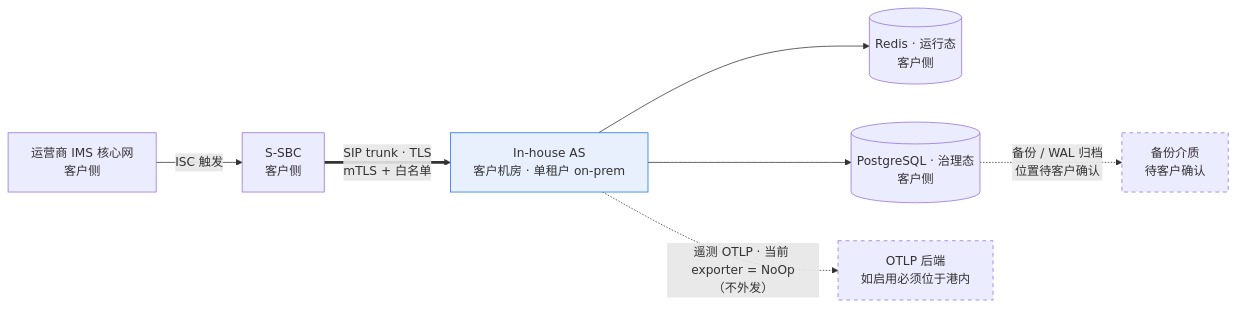
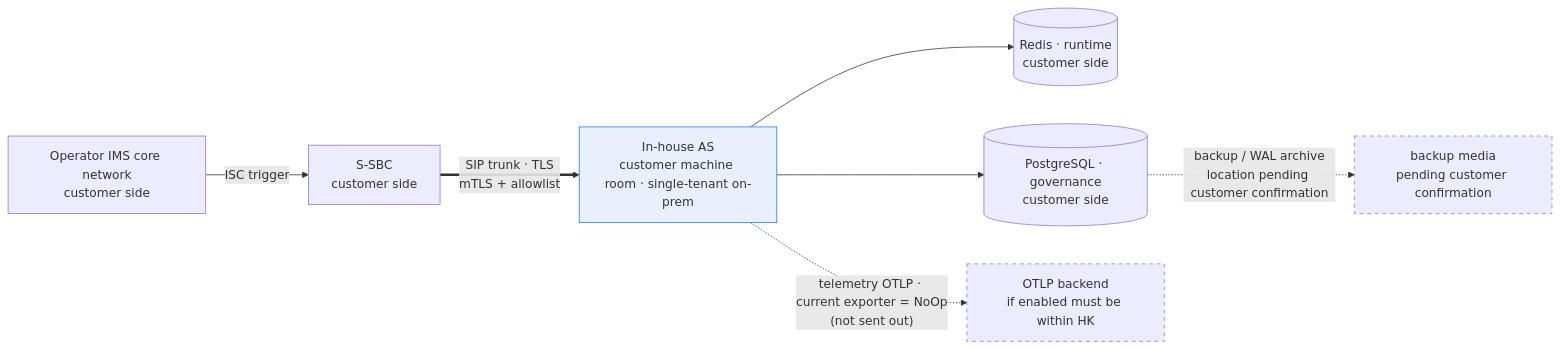
Before and after one commit to dolanshu/inhouse-ims-as: the diagram in docs/product/security-privacy.md, drawn with Mermaid. The commit also changed other lines of this file and 186 other files, not shown here.

````diff
--- a/docs/product/security-privacy.md
+++ b/docs/product/security-privacy.md
@@ -138,13 +138,13 @@
 ```mermaid
 flowchart LR
-    IMS["运营商 IMS 核心网<br/>客户侧"] -->|"ISC 触发"| SBC["S-SBC<br/>客户侧"]
-    SBC ==>|"SIP trunk · TLS<br/>mTLS + 白名单"| AS["In-house AS<br/>客户机房 · 单租户 on-prem"]
-    AS --> REDIS[("Redis · 运行态<br/>客户侧")]
-    AS --> PG[("PostgreSQL · 治理态<br/>客户侧")]
-    AS -.->|"遥测 OTLP · 当前 exporter = NoOp<br/>（不外发）"| OTLP["OTLP 后端<br/>如启用必须位于港内"]
-    PG -.->|"备份 / WAL 归档<br/>位置待客户确认"| BK["备份介质<br/>待客户确认"]
+    IMS["Operator IMS core network<br/>customer side"] -->|"ISC trigger"| SBC["S-SBC<br/>customer side"]
+    SBC ==>|"SIP trunk · TLS<br/>mTLS + allowlist"| AS["In-house AS<br/>customer machine room · single-tenant on-prem"]
+    AS --> REDIS[("Redis · runtime<br/>customer side")]
+    AS --> PG[("PostgreSQL · governance<br/>customer side")]
+    AS -.->|"telemetry OTLP · current exporter = NoOp<br/>(not sent out)"| OTLP["OTLP backend<br/>if enabled must be within HK"]
+    PG -.->|"backup / WAL archive<br/>location pending customer confirmation"| BK["backup media<br/>pending customer confirmation"]
 
     style AS fill:#e8f0fe,stroke:#1a73e8
     style OTLP stroke-dasharray: 5 5
     style BK stroke-dasharray: 5 5
 ```
````
